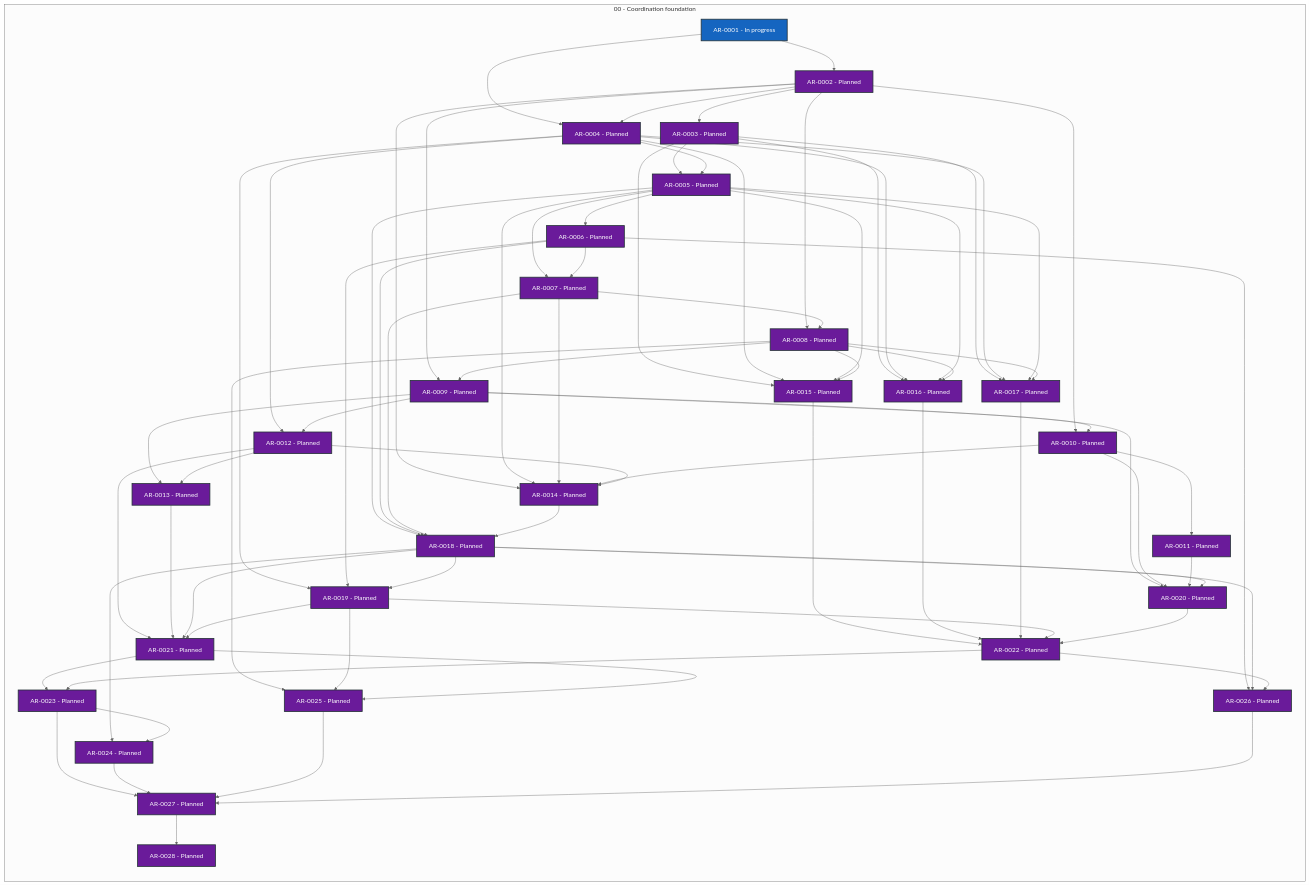
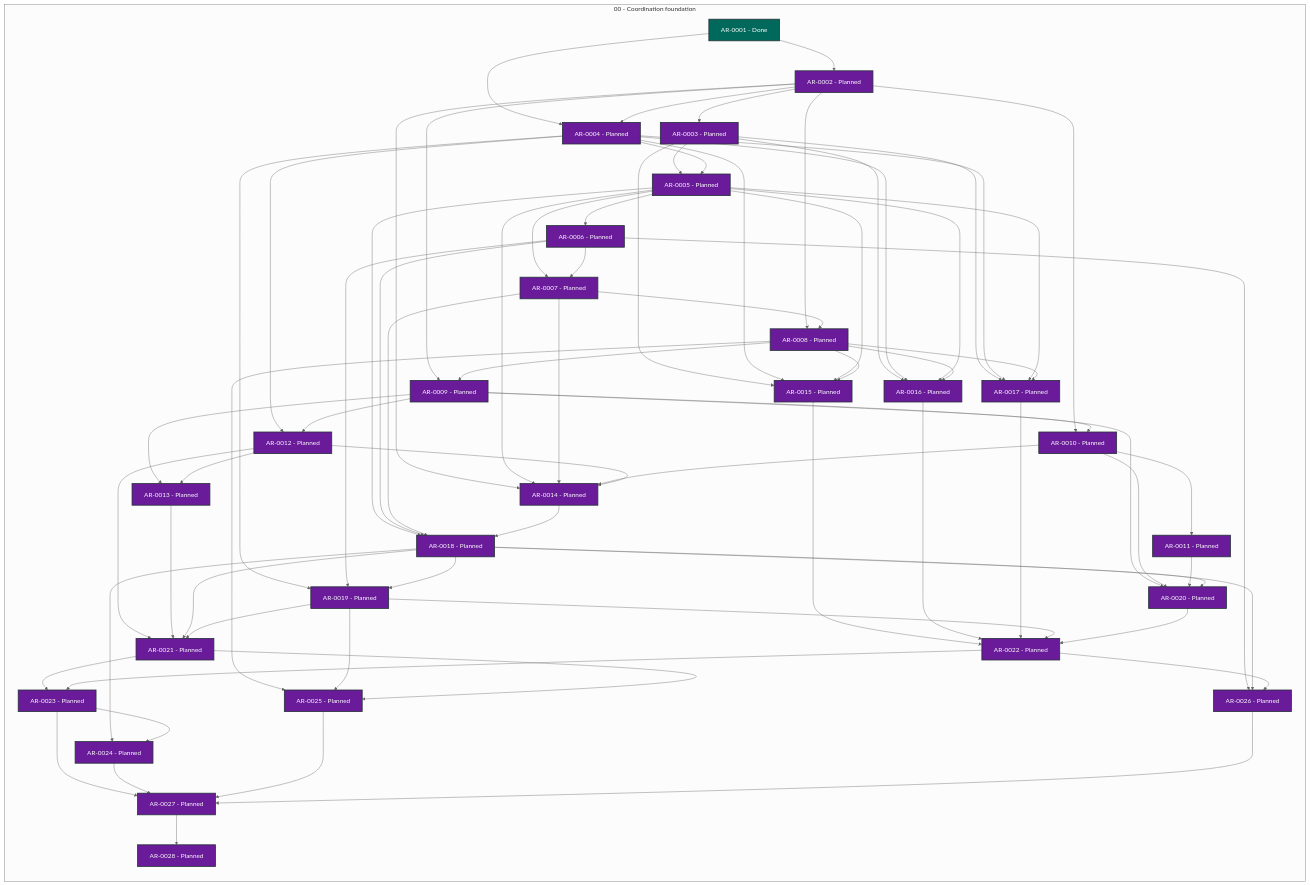
Before and after one commit to martin-beck/agent-workflow-runtime-state: the diagram in STATUS.md, drawn with Mermaid (neutral theme). The commit also changed other lines of this file and 2 other files, not shown here.

```diff
--- a/STATUS.md
+++ b/STATUS.md
@@ -28,7 +28,7 @@
 flowchart LR
     subgraph series_00["00 - Coordination foundation"]
         direction TB
-        AR_0001["AR-0001 - In progress"]:::status_in_progress
+        AR_0001["AR-0001 - Done"]:::status_done
         AR_0002["AR-0002 - Planned"]:::status_planned
         AR_0003["AR-0003 - Planned"]:::status_planned
         AR_0004["AR-0004 - Planned"]:::status_planned
```
